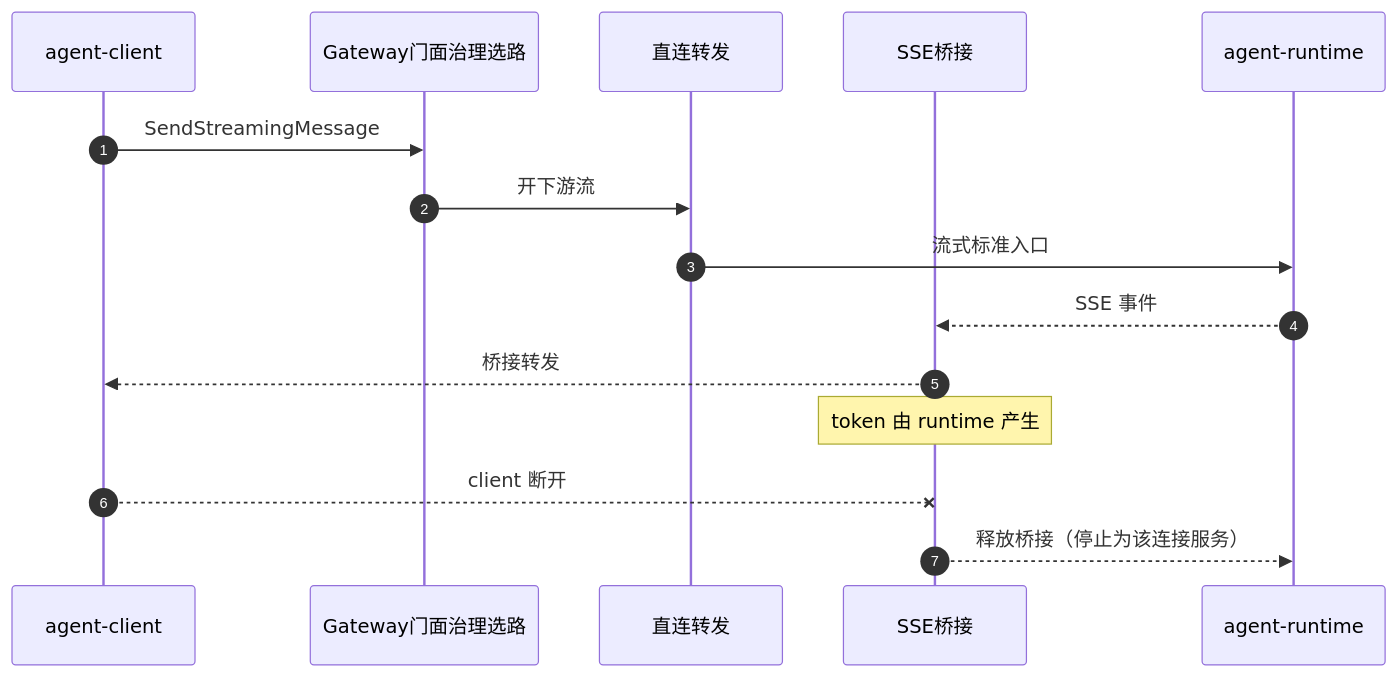
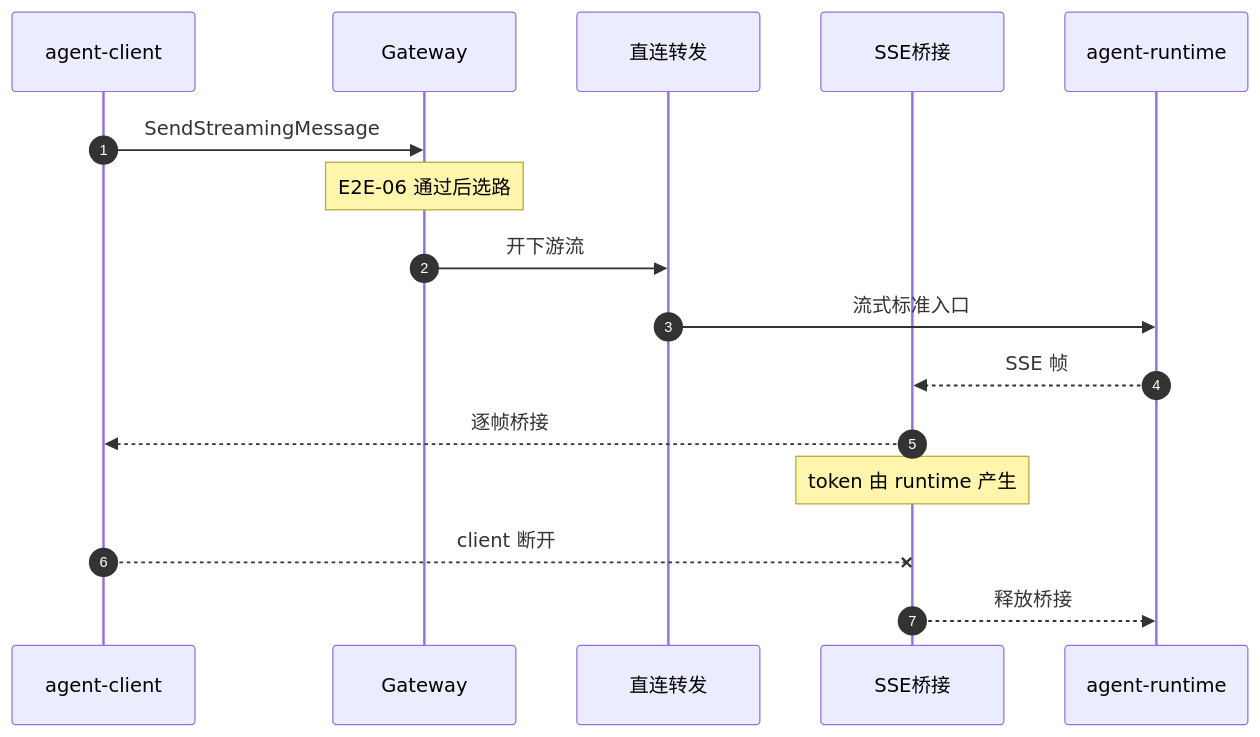
One commit to chaosxingxc-orion/spring-ai-ascend changed the seventh of 7 diagrams in architecture/L2-Low-Level-Design/agent-gateway/feat-011-client-invocation-route-forwarding.md. Above: the diagram before and after it, drawn with Mermaid. The commit also changed other lines of this file, not shown here.

First line of the commit message:
docs(gateway): snapshot FEAT-011 L2 with E2E-06/01 detail

````diff
--- a/architecture/L2-Low-Level-Design/agent-gateway/feat-011-client-invocation-route-forwarding.md
+++ b/architecture/L2-Low-Level-Design/agent-gateway/feat-011-client-invocation-route-forwarding.md
@@ -329,18 +1300,19 @@
 ```mermaid
 sequenceDiagram
   autonumber
   participant C as agent-client
-  participant GW as Gateway门面治理选路
+  participant GW as Gateway
   participant DIR as 直连转发
   participant SSE as SSE桥接
   participant RT as agent-runtime
 
   C->>GW: SendStreamingMessage
+  Note over GW: E2E-06 通过后选路
   GW->>DIR: 开下游流
   DIR->>RT: 流式标准入口
-  RT-->>SSE: SSE 事件
-  SSE-->>C: 桥接转发
+  RT-->>SSE: SSE 帧
+  SSE-->>C: 逐帧桥接
   Note over SSE: token 由 runtime 产生
   C--xSSE: client 断开
-  SSE-->>RT: 释放桥接（停止为该连接服务）
+  SSE-->>RT: 释放桥接
 ```
````
